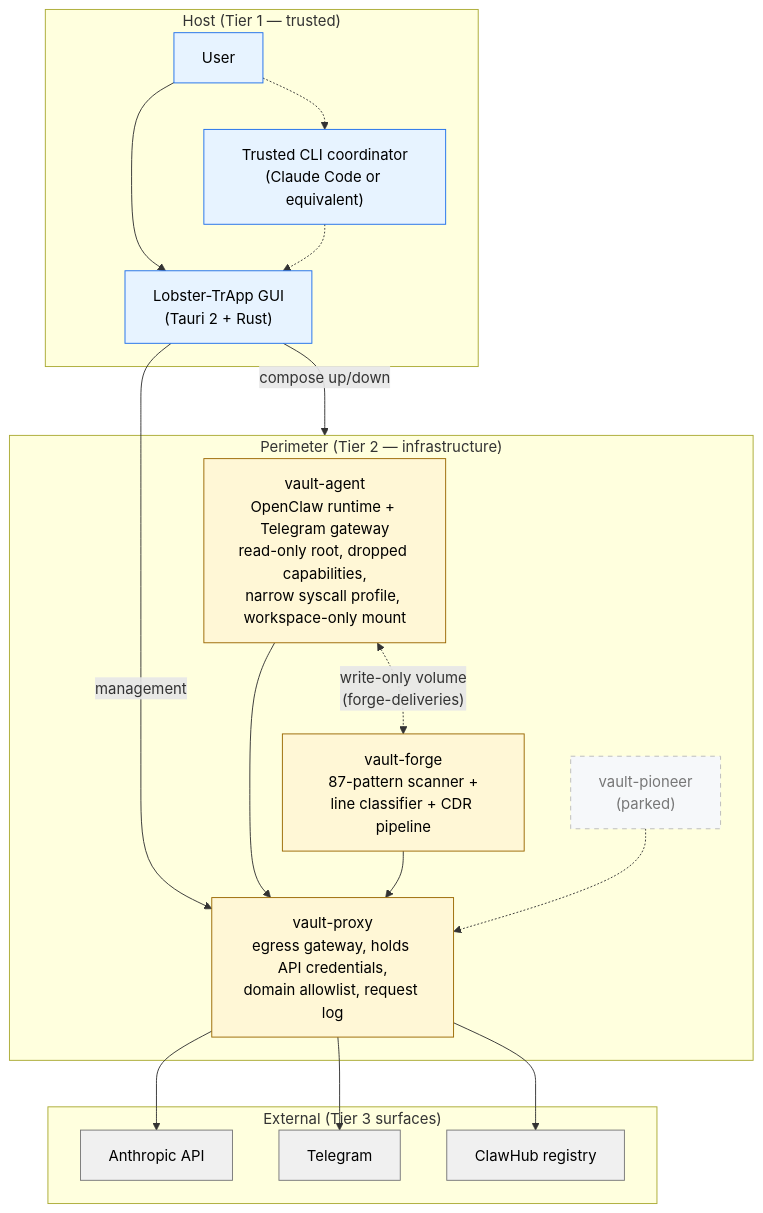
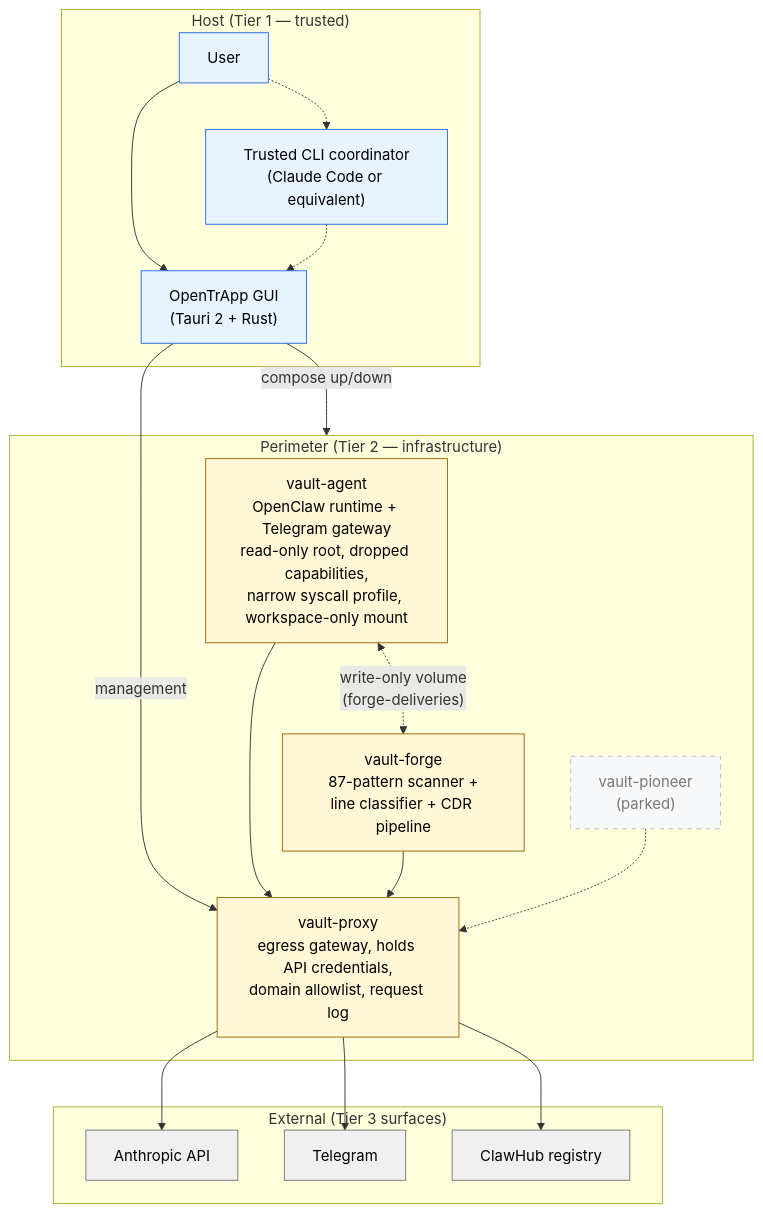
The first of 5 diagrams in docs/diagrams.md (albertdobmeyer/opentrapp), drawn with Mermaid before and after one commit. The commit also changed other lines of this file and 146 other files, not shown here.

````diff
--- a/docs/diagrams.md
+++ b/docs/diagrams.md
@@ -17,46 +17,46 @@
 ```mermaid
 flowchart TB
     subgraph HOST["Host (Tier 1 — trusted)"]
         USER[User]
-        GUI["Lobster-TrApp GUI<br/>(Tauri 2 + Rust)"]
+        GUI["OpenTrApp GUI<br/>(Tauri 2 + Rust)"]
         COORD["Trusted CLI coordinator<br/>(Claude Code or equivalent)"]
     end
 
     subgraph PERIMETER["Perimeter (Tier 2 — infrastructure)"]
         AGENT["vault-agent<br/>OpenClaw runtime + Telegram gateway<br/>read-only root, dropped capabilities,<br/>narrow syscall profile, workspace-only mount"]
         FORGE["vault-forge<br/>87-pattern scanner +<br/>line classifier + CDR pipeline"]
         PIONEER["vault-pioneer<br/>(parked)"]
         PROXY["vault-proxy<br/>egress gateway, holds API credentials,<br/>domain allowlist, request log"]
     end
 
     subgraph EXTERNAL["External (Tier 3 surfaces)"]
         ANTHROPIC[Anthropic API]
         TELEGRAM[Telegram]
         CLAWHUB[ClawHub registry]
     end
 
     USER --> GUI
     USER -.-> COORD
     COORD -.-> GUI
     GUI -->|compose up/down| PERIMETER
     GUI -->|management| PROXY
 
     AGENT --> PROXY
     FORGE --> PROXY
     PIONEER -.-> PROXY
     AGENT <-.->|"write-only volume<br/>(forge-deliveries)"| FORGE
 
     PROXY --> ANTHROPIC
     PROXY --> TELEGRAM
     PROXY --> CLAWHUB
 
     classDef trusted fill:#e7f3ff,stroke:#1f6feb,color:#000
     classDef perim fill:#fff7d6,stroke:#9a6700,color:#000
     classDef parked fill:#f6f8fa,stroke:#bbb,color:#777,stroke-dasharray: 5 5
     classDef external fill:#f0f0f0,stroke:#777,color:#000
 
     class USER,GUI,COORD trusted
     class AGENT,FORGE,PROXY perim
     class PIONEER parked
     class ANTHROPIC,TELEGRAM,CLAWHUB external
 ```
````
